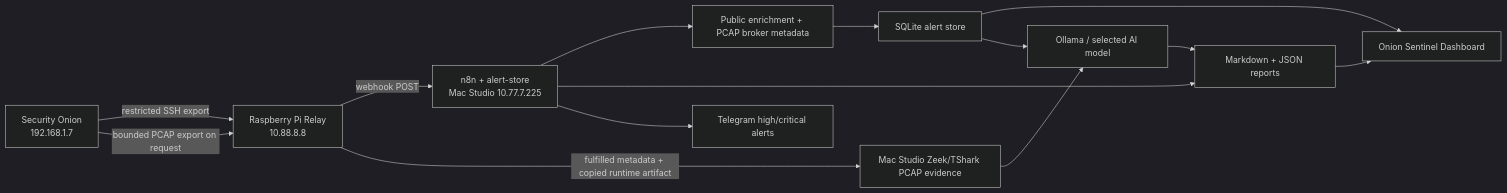
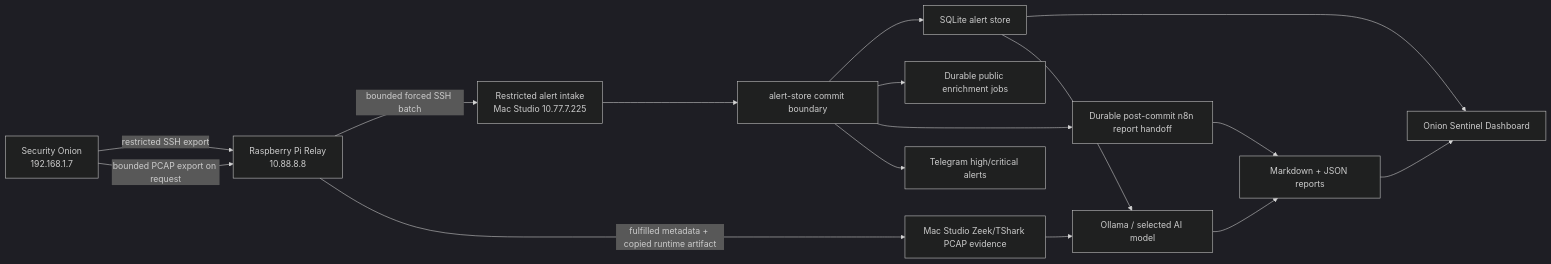
One commit to ArronJablonowski/OnionSentinel changed the diagram in README.md. Above: the diagram before and after it, drawn with Mermaid (dark theme). The commit also changed other lines of this file and 136 other files, not shown here.

````diff
--- a/README.md
+++ b/README.md
@@ -9,16 +9,18 @@
 ```mermaid
 flowchart LR
   SO["Security Onion\n192.168.1.7"] -->|restricted SSH export| PI["Raspberry Pi Relay\n10.88.8.8"]
-  PI -->|webhook POST| N8N["n8n + alert-store\nMac Studio 10.77.7.225"]
-  N8N --> ENRICH["Public enrichment + PCAP broker metadata"]
-  ENRICH --> DB["SQLite alert store"]
+  PI -->|bounded forced SSH batch| INTAKE["Restricted alert intake\nMac Studio 10.77.7.225"]
+  INTAKE --> STORE["alert-store commit boundary"]
+  STORE --> DB["SQLite alert store"]
+  STORE --> ENRICH["Durable public enrichment jobs"]
+  STORE --> N8N["Durable post-commit n8n report handoff"]
   N8N --> MD["Markdown + JSON reports"]
-  N8N --> TG["Telegram high/critical alerts"]
+  STORE --> TG["Telegram high/critical alerts"]
   DB --> UI["Onion Sentinel Dashboard"]
   MD --> UI
   SO -->|bounded PCAP export on request| PI
   PI -->|fulfilled metadata + copied runtime artifact| PCAP["Mac Studio Zeek/TShark PCAP evidence"]
   PCAP --> LLM
   DB --> LLM["Ollama / selected AI model"]
   LLM --> MD
 ```
````
